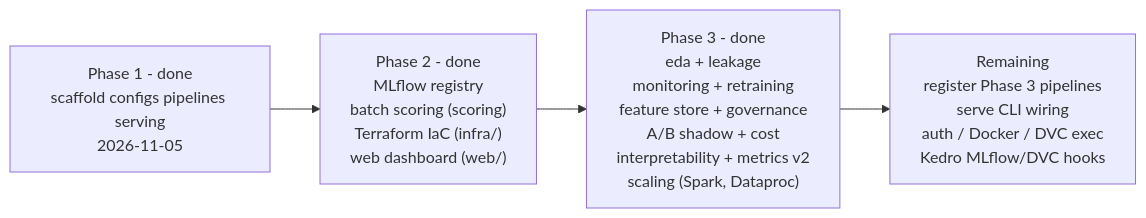
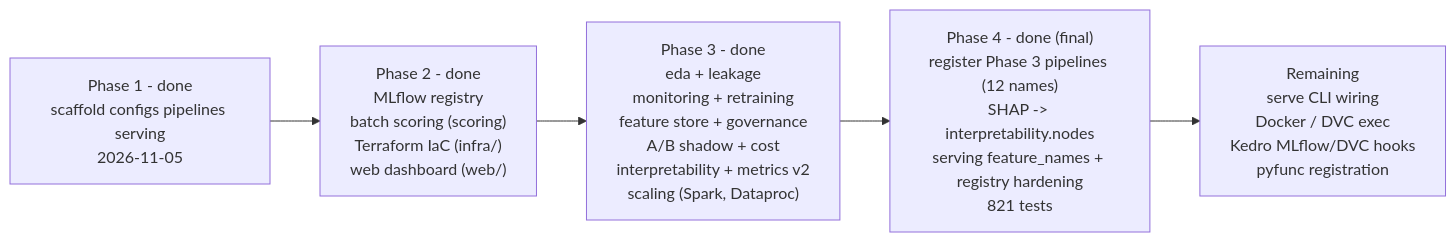
Before and after one commit to ankithaldar/all_projects: the sixth of 6 diagrams in forecast_ml_framework/README.md, drawn with Mermaid. The commit also changed other lines of this file and 46 other files, not shown here.

````diff
--- a/forecast_ml_framework/README.md
+++ b/forecast_ml_framework/README.md
@@ -1456,6 +1549,7 @@
 ```mermaid
 flowchart LR
   P1["Phase 1 - done<br/>scaffold configs pipelines serving<br/>2026-11-05"] --> P2["Phase 2 - done<br/>MLflow registry<br/>batch scoring (scoring)<br/>Terraform IaC (infra/)<br/>web dashboard (web/)"]
   P2 --> P3["Phase 3 - done<br/>eda + leakage<br/>monitoring + retraining<br/>feature store + governance<br/>A/B shadow + cost<br/>interpretability + metrics v2<br/>scaling (Spark, Dataproc)"]
-  P3 --> REM["Remaining<br/>register Phase 3 pipelines<br/>serve CLI wiring<br/>auth / Docker / DVC exec<br/>Kedro MLflow/DVC hooks"]
+  P3 --> P4["Phase 4 - done (final)<br/>register Phase 3 pipelines (12 names)<br/>SHAP -> interpretability.nodes<br/>serving feature_names + registry hardening<br/>821 tests"]
+  P4 --> REM["Remaining<br/>serve CLI wiring<br/>Docker / DVC exec<br/>Kedro MLflow/DVC hooks<br/>pyfunc registration"]
 ```
````
